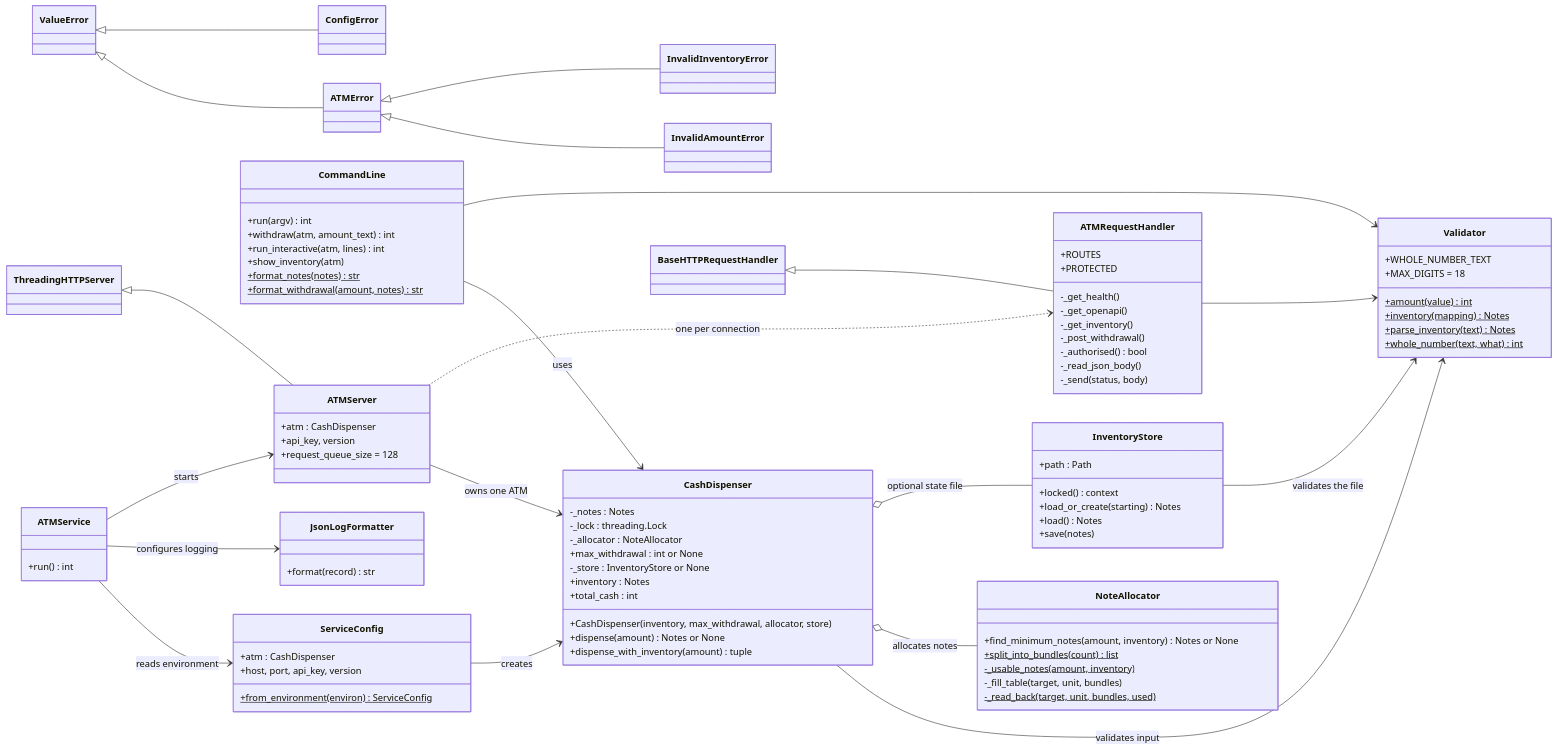
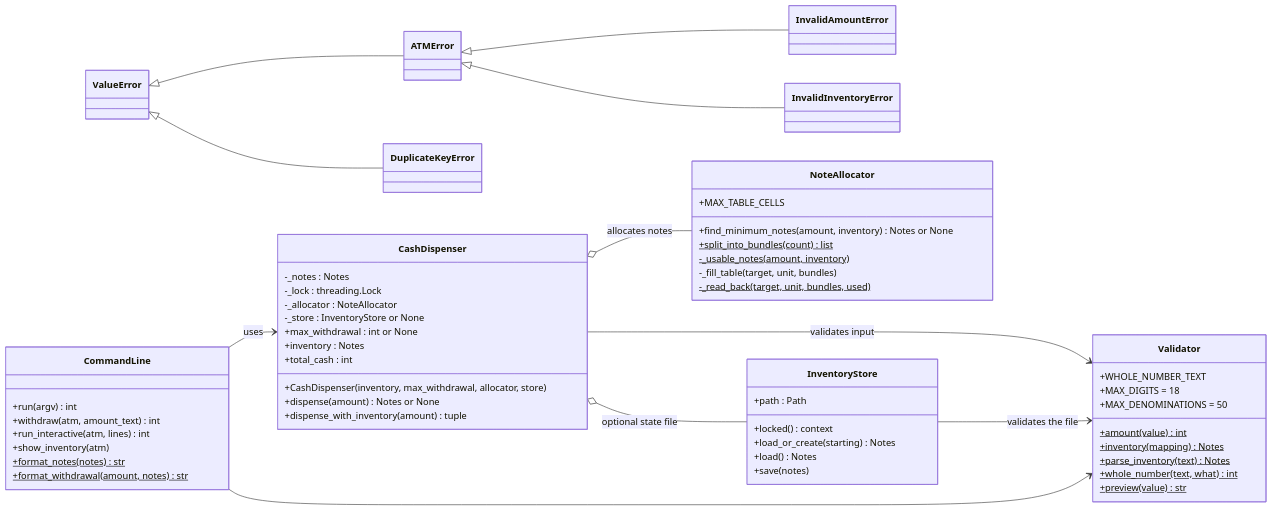
The second of 5 diagrams in README.md (AnupamGupta86/InmarCodingAssignment), drawn with Mermaid before and after one commit. The commit also changed other lines of this file and 16 other files, not shown here.

````diff
--- a/README.md
+++ b/README.md
@@ -139,40 +117,30 @@
     class ATMError
     class InvalidAmountError
     class InvalidInventoryError
-    class ConfigError
+    class DuplicateKeyError
     ValueError <|-- ATMError
     ATMError <|-- InvalidAmountError
     ATMError <|-- InvalidInventoryError
-    ValueError <|-- ConfigError
+    ValueError <|-- DuplicateKeyError
 
     class Validator {
         +WHOLE_NUMBER_TEXT
         +MAX_DIGITS = 18
+        +MAX_DENOMINATIONS = 50
         +amount(value)$ int
         +inventory(mapping)$ Notes
         +parse_inventory(text)$ Notes
         +whole_number(text, what)$ int
+        +preview(value)$ str
     }
 
     class NoteAllocator {
+        +MAX_TABLE_CELLS
         +find_minimum_notes(amount, inventory) Notes or None
         +split_into_bundles(count)$ list
         -_usable_notes(amount, inventory)$
         -_fill_table(target, unit, bundles)
         -_read_back(target, unit, bundles, used)$
-    }
-
-    class CashDispenser {
-        -_notes : Notes
-        -_lock : threading.Lock
-        -_allocator : NoteAllocator
-        +max_withdrawal : int or None
-        -_store : InventoryStore or None
-        +CashDispenser(inventory, max_withdrawal, allocator, store)
-        +dispense(amount) Notes or None
-        +dispense_with_inventory(amount) tuple
-        +inventory : Notes
-        +total_cash : int
     }
 
     class InventoryStore {
@@ -181,6 +149,19 @@
         +load_or_create(starting) Notes
         +load() Notes
         +save(notes)
+    }
+
+    class CashDispenser {
+        -_notes : Notes
+        -_lock : threading.Lock
+        -_allocator : NoteAllocator
+        -_store : InventoryStore or None
+        +max_withdrawal : int or None
+        +CashDispenser(inventory, max_withdrawal, allocator, store)
+        +dispense(amount) Notes or None
+        +dispense_with_inventory(amount) tuple
+        +inventory : Notes
+        +total_cash : int
     }
 
     class CommandLine {
@@ -192,53 +173,10 @@
         +format_withdrawal(amount, notes)$ str
     }
 
-    class ServiceConfig {
-        +atm : CashDispenser
-        +host, port, api_key, version
-        +from_environment(environ)$ ServiceConfig
-    }
-
-    class ATMService {
-        +run() int
-    }
-
-    class ThreadingHTTPServer
-    class ATMServer {
-        +atm : CashDispenser
-        +api_key, version
-        +request_queue_size = 128
-    }
-    ThreadingHTTPServer <|-- ATMServer
-
-    class BaseHTTPRequestHandler
-    class ATMRequestHandler {
-        +ROUTES
-        +PROTECTED
-        -_get_health()
-        -_get_openapi()
-        -_get_inventory()
-        -_post_withdrawal()
-        -_authorised() bool
-        -_read_json_body()
-        -_send(status, body)
-    }
-    BaseHTTPRequestHandler <|-- ATMRequestHandler
-
-    class JsonLogFormatter {
-        +format(record) str
-    }
-
     CashDispenser --> Validator : validates input
     CashDispenser o-- NoteAllocator : allocates notes
     CashDispenser o-- InventoryStore : optional state file
     InventoryStore --> Validator : validates the file
     CommandLine --> CashDispenser : uses
     CommandLine --> Validator
-    ATMService --> ServiceConfig : reads environment
-    ATMService --> JsonLogFormatter : configures logging
-    ServiceConfig --> CashDispenser : creates
-    ATMService --> ATMServer : starts
-    ATMServer --> CashDispenser : owns one ATM
-    ATMServer ..> ATMRequestHandler : one per connection
-    ATMRequestHandler --> Validator
 ```
````
